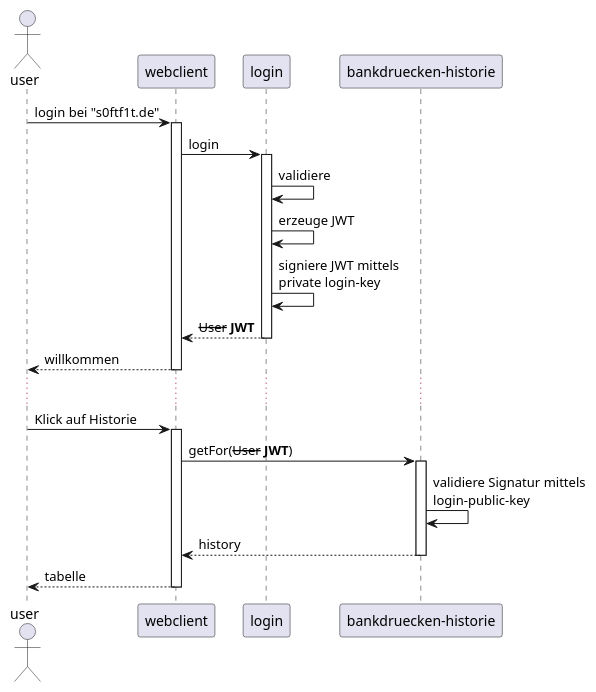
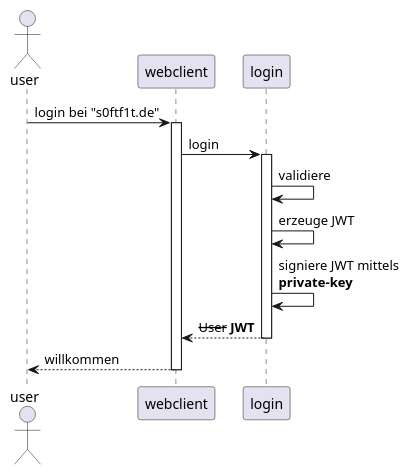
One commit to gaerfield/2021-08-oauth2-talk changed the fourth of 6 diagrams in 2_JWT.md. Above: the diagram before and after it, drawn with PlantUML. The commit also changed other lines of this file and 3 other files, not shown here.

````diff
--- a/2_JWT.md
+++ b/2_JWT.md
@@ -100,20 +117,13 @@
 ```puml
 actor user
 participant "webclient"
 participant "login"
-participant "bankdruecken-historie" as his
 
 user -> webclient++ : login bei "s0ftf1t.de"
 webclient -> login++ : login
 login -> login : validiere
 login -> login : erzeuge JWT
-login -> login : signiere JWT mittels\nprivate login-key
+login -> login : signiere JWT mittels\n**private-key**
 return --User-- **JWT**
 return willkommen
-...
-user -> webclient++ : Klick auf Historie
-webclient -> his++ : getFor(--User-- **JWT**)
-his -> his : validiere Signatur mittels\nlogin-public-key
-return history
-return tabelle
 ```
````
